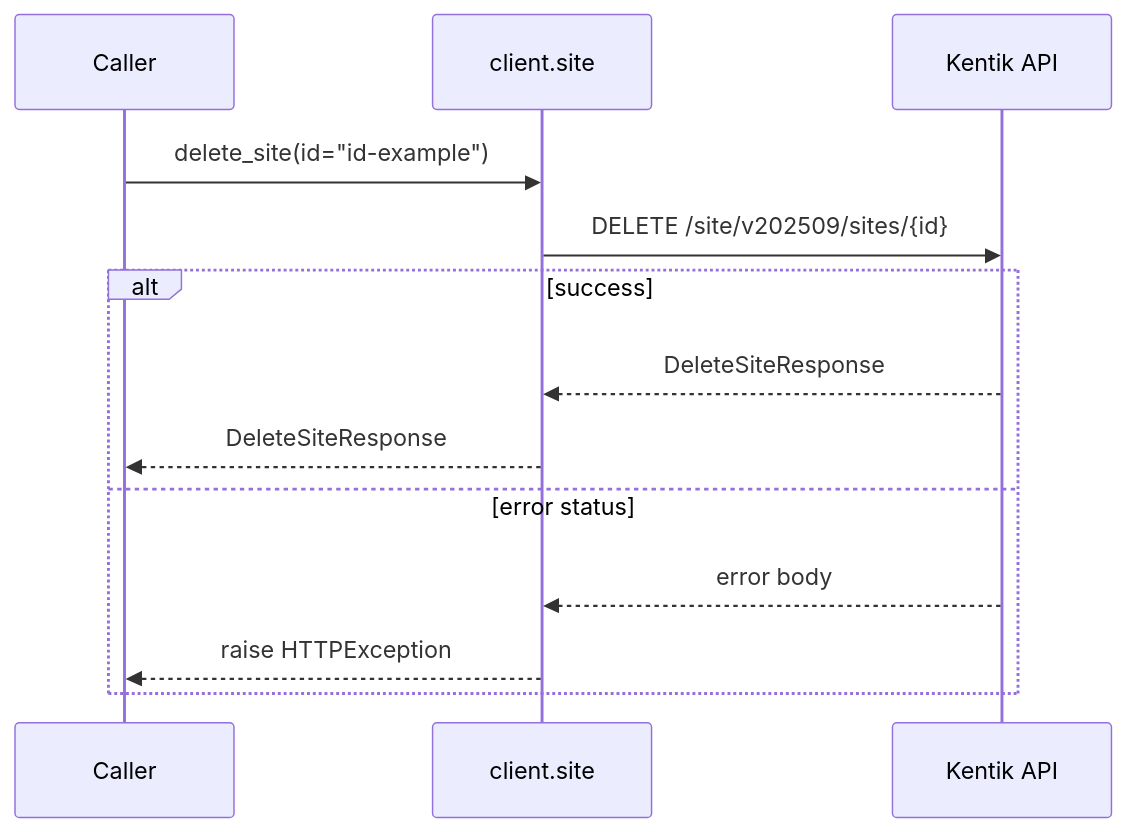
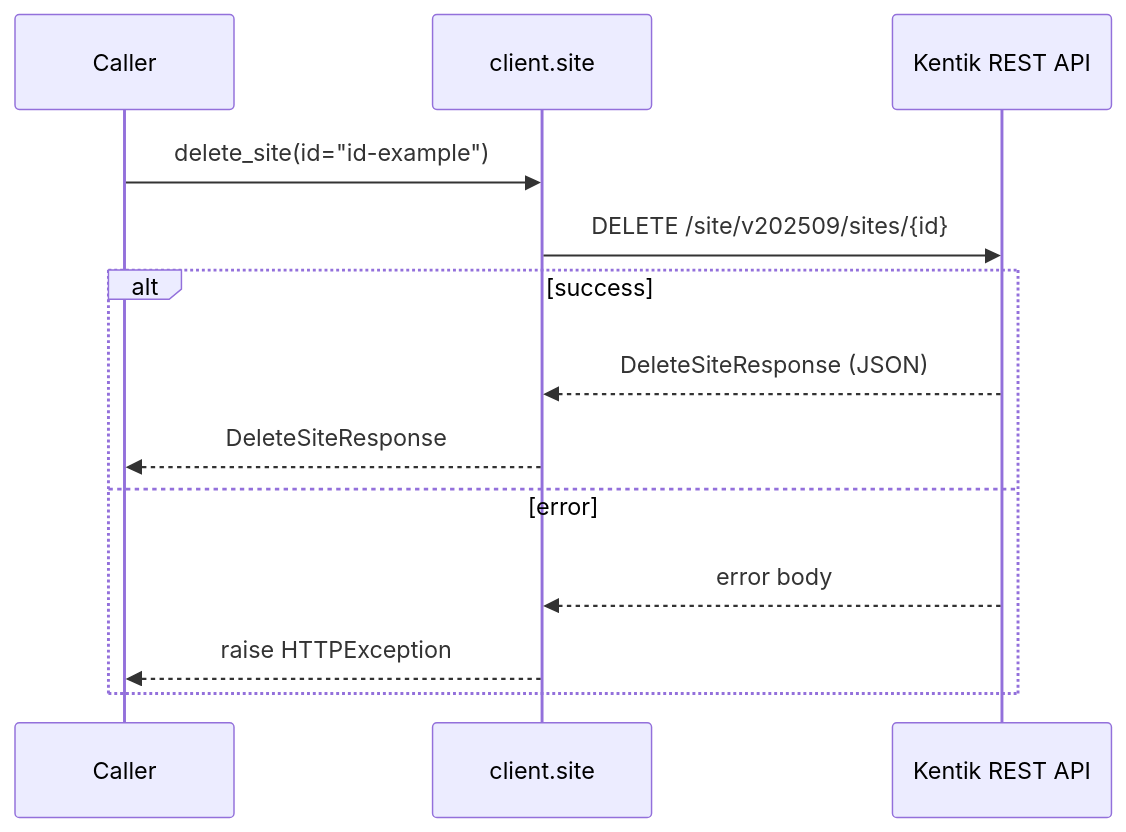
Diagram 20 of 22 in docs/sphinx/services/site.md (alexdearaujo/community_sdk_python), drawn with Mermaid before and after one commit. The commit also changed other lines of this file and 61 other files, not shown here.

````diff
--- a/docs/sphinx/services/site.md
+++ b/docs/sphinx/services/site.md
@@ -471,16 +698,16 @@
 ```mermaid
 sequenceDiagram
     participant C as Caller
     participant W as client.site
-    participant API as Kentik API
+    participant API as Kentik REST API
 
     C->>W: delete_site(id="id-example")
     W->>API: DELETE /site/v202509/sites/{id}
     alt success
-        API-->>W: DeleteSiteResponse
+        API-->>W: DeleteSiteResponse (JSON)
         W-->>C: DeleteSiteResponse
-    else error status
+    else error
         API-->>W: error body
         W-->>C: raise HTTPException
     end
 ```
````
